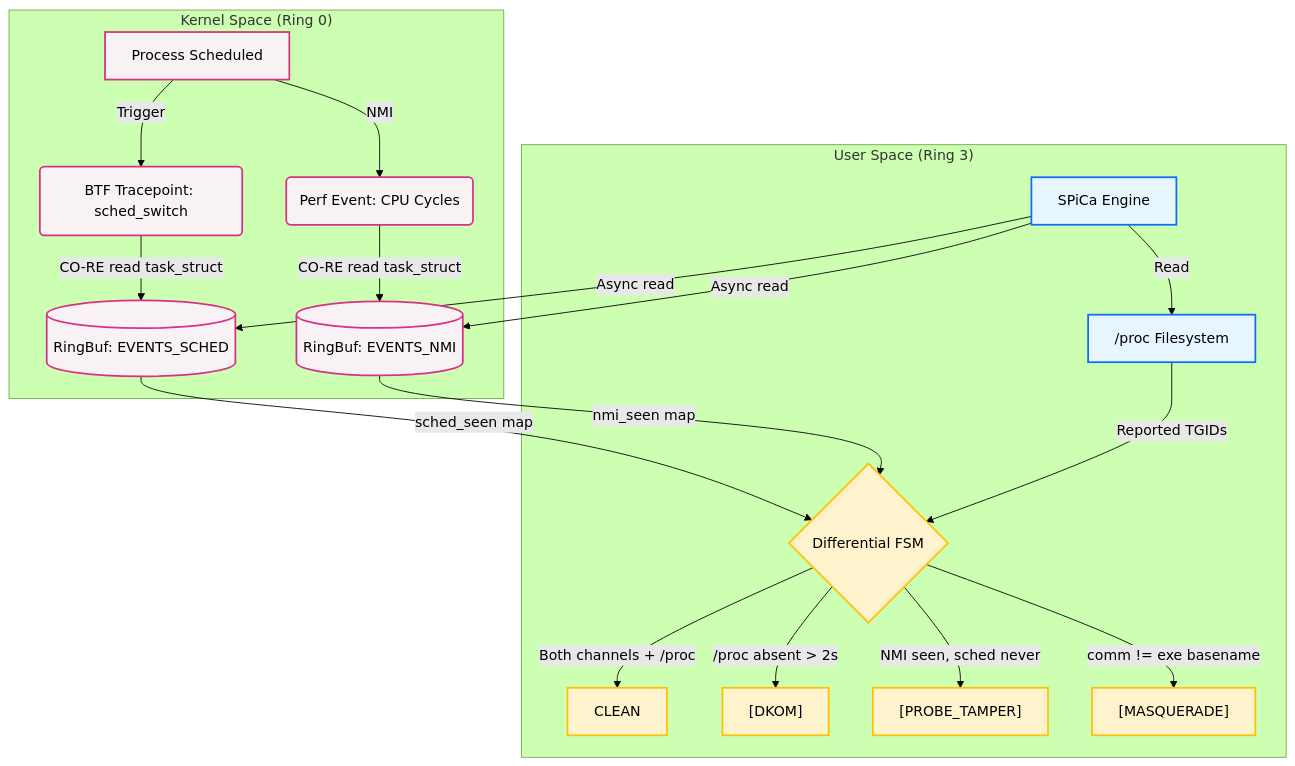
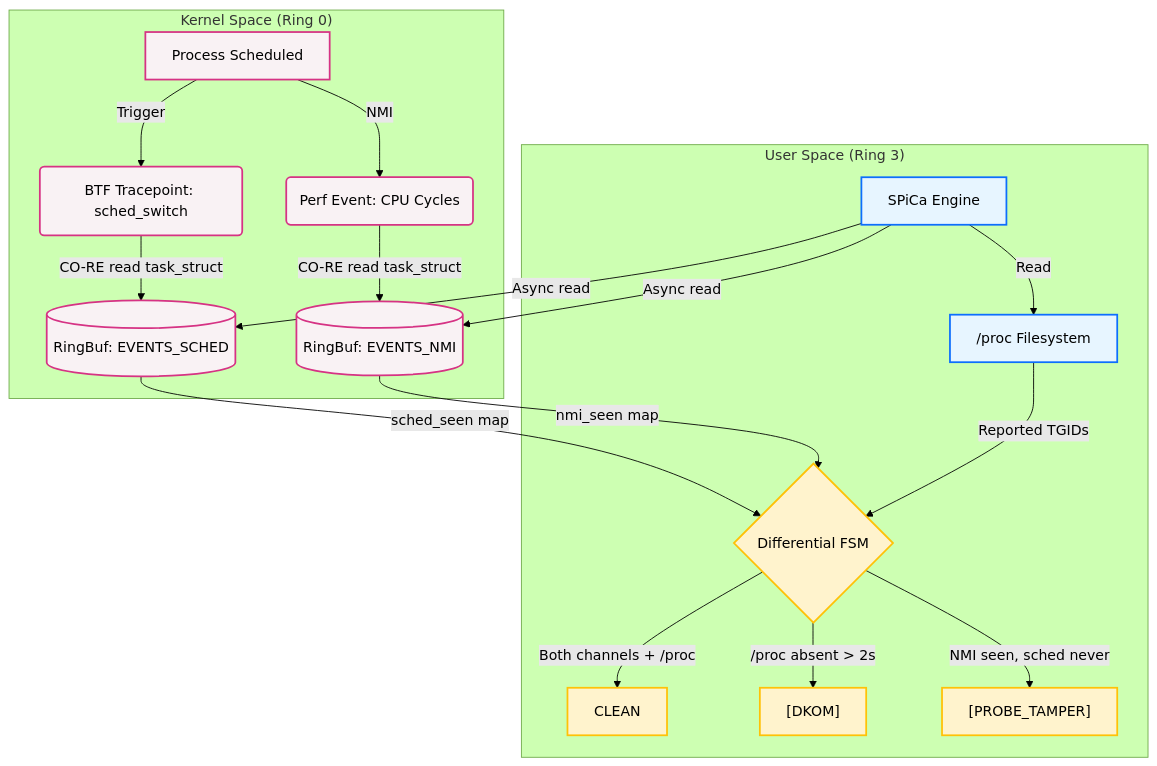
Before and after one commit to 0xKirisame/SPiCa: the diagram in README.md, drawn with Mermaid (forest theme). The commit also changed other lines of this file and 5 other files, not shown here.

````diff
--- a/README.md
+++ b/README.md
@@ -30,32 +30,31 @@
 ```mermaid
 graph TD
    subgraph "Kernel Space (Ring 0)"
        A[Process Scheduled] -->|Trigger| B(BTF Tracepoint: sched_switch)
        A -->|NMI| C(Perf Event: CPU Cycles)
        B -->|CO-RE read task_struct| D[(RingBuf: EVENTS_SCHED)]
        C -->|CO-RE read task_struct| E[(RingBuf: EVENTS_NMI)]
    end
 
    subgraph "User Space (Ring 3)"
        F[SPiCa Engine] -->|Async read| D
        F -->|Async read| E
        F -->|Read| G["/proc Filesystem"]
 
        D -- "sched_seen map" --> H{Differential FSM}
        E -- "nmi_seen map"   --> H
        G -- "Reported TGIDs" --> H
 
        H -->|Both channels + /proc| I[CLEAN]
        H -->|/proc absent > 2s| J["[DKOM]"]
        H -->|NMI seen, sched never| K["[PROBE_TAMPER]"]
-       H -->|comm != exe basename| L["[MASQUERADE]"]
    end
 
    classDef kernel fill:#f9f2f4,stroke:#d63384,stroke-width:2px;
    classDef user fill:#e7f5ff,stroke:#0d6efd,stroke-width:2px;
    classDef logic fill:#fff3cd,stroke:#ffc107,stroke-width:2px;
 
    class A,B,C,D,E kernel;
    class F,G user;
-   class H,I,J,K,L logic;
+   class H,I,J,K logic;
 ```
````
